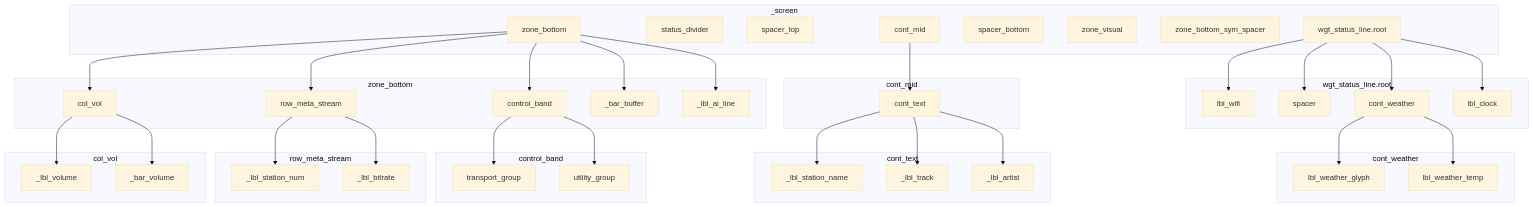
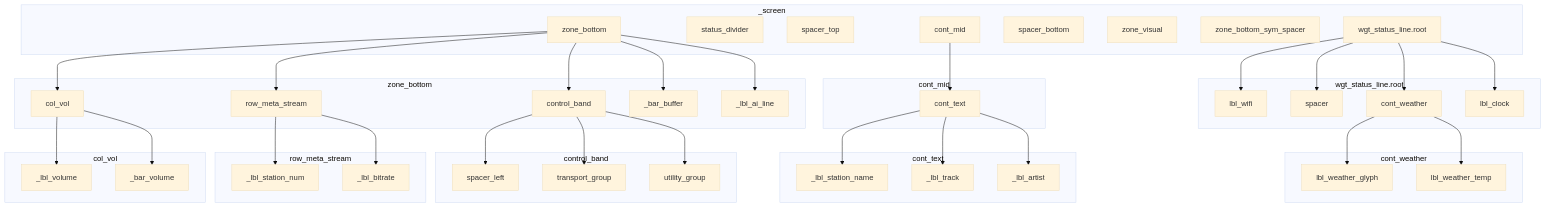
The diagram in src/src/lvgl_ui/screens/scr_main_layout_tree.md (Witaliy76/Yoradio_lvgl), drawn with Mermaid (base theme) before and after one commit. The commit also changed other lines of this file and 5 other files, not shown here.

````diff
--- a/src/src/lvgl_ui/screens/scr_main_layout_tree.md
+++ b/src/src/lvgl_ui/screens/scr_main_layout_tree.md
@@ -72,80 +75,82 @@
 ```mermaid
 flowchart TB
   subgraph screen["_screen"]
     SL[wgt_status_line.root]
     SD[status_divider]
     ST[spacer_top]
     CM[cont_mid]
     SB[spacer_bottom]
     ZV[zone_visual]
     ZSS[zone_bottom_sym_spacer]
     ZB[zone_bottom]
   end
 
   subgraph sl["wgt_status_line.root"]
     WIFI[lbl_wifi]
     SP[spacer]
     CWX[cont_weather]
     CLK[lbl_clock]
   end
 
   subgraph cwx["cont_weather"]
     WG[lbl_weather_glyph]
     WT[lbl_weather_temp]
   end
 
   subgraph cm["cont_mid"]
     CT[cont_text]
   end
 
   subgraph ct["cont_text"]
     SN[_lbl_station_name]
     TR[_lbl_track]
     AR[_lbl_artist]
   end
 
   subgraph zb["zone_bottom"]
     CB[control_band]
     RMS[row_meta_stream]
     CV[col_vol]
     BUF[_bar_buffer]
     AI[_lbl_ai_line]
   end
 
   subgraph cb["control_band"]
+    SLB[spacer_left]
     TG[transport_group]
     UG[utility_group]
   end
 
   subgraph rms["row_meta_stream"]
     NUM[_lbl_station_num]
     BR[_lbl_bitrate]
   end
 
   subgraph cv["col_vol"]
     VOL[_lbl_volume]
     BAR[_bar_volume]
   end
 
   SL --> WIFI
   SL --> SP
   SL --> CWX
   SL --> CLK
   CWX --> WG
   CWX --> WT
   CM --> CT
   CT --> SN
   CT --> TR
   CT --> AR
   ZB --> CB
   ZB --> RMS
   ZB --> CV
   ZB --> BUF
   ZB --> AI
+  CB --> SLB
   CB --> TG
   CB --> UG
   RMS --> NUM
   RMS --> BR
   CV --> VOL
   CV --> BAR
 ```
````
